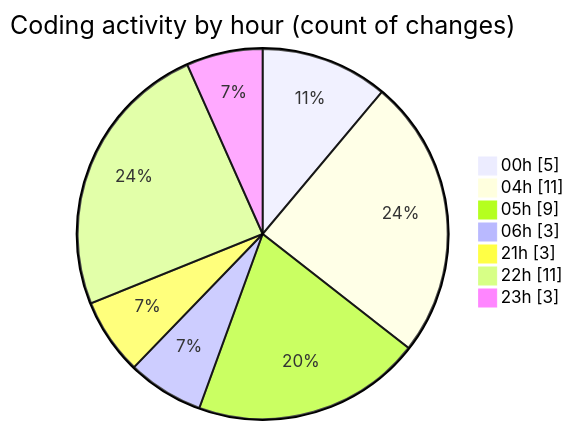
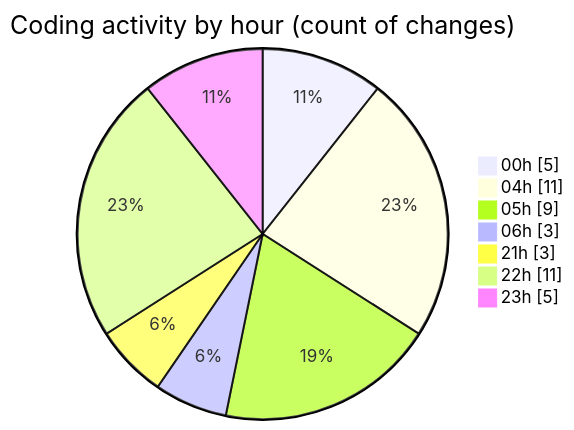
One commit to idhammustaqopulfikri/code-tracking changed the second of 2 diagrams in 2025-03-28/autodidak/README.md. Above: the diagram before and after it, drawn with Mermaid. The commit also changed other lines of this file and 1 other file, not shown here.

````diff
--- a/2025-03-28/autodidak/README.md
+++ b/2025-03-28/autodidak/README.md
@@ -38,11 +38,11 @@
 ```mermaid
 pie showData
 title Coding activity by hour (count of changes)
 "00h" : 5
 "04h" : 11
 "05h" : 9
 "06h" : 3
 "21h" : 3
 "22h" : 11
-"23h" : 3
+"23h" : 5
 ```
````
